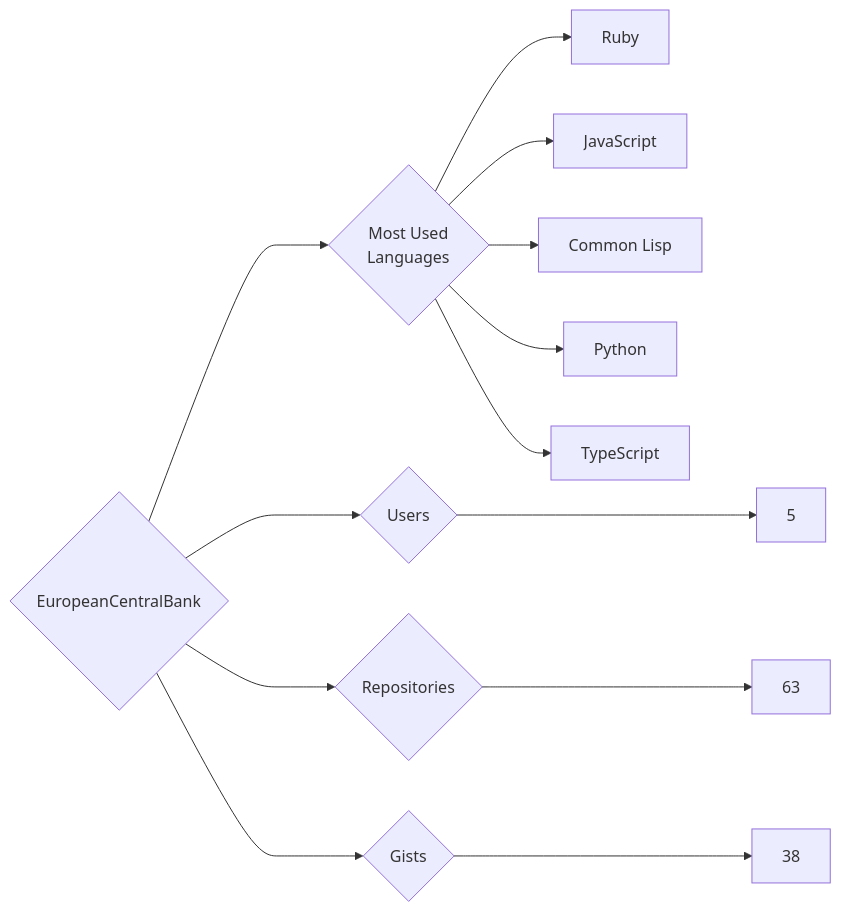
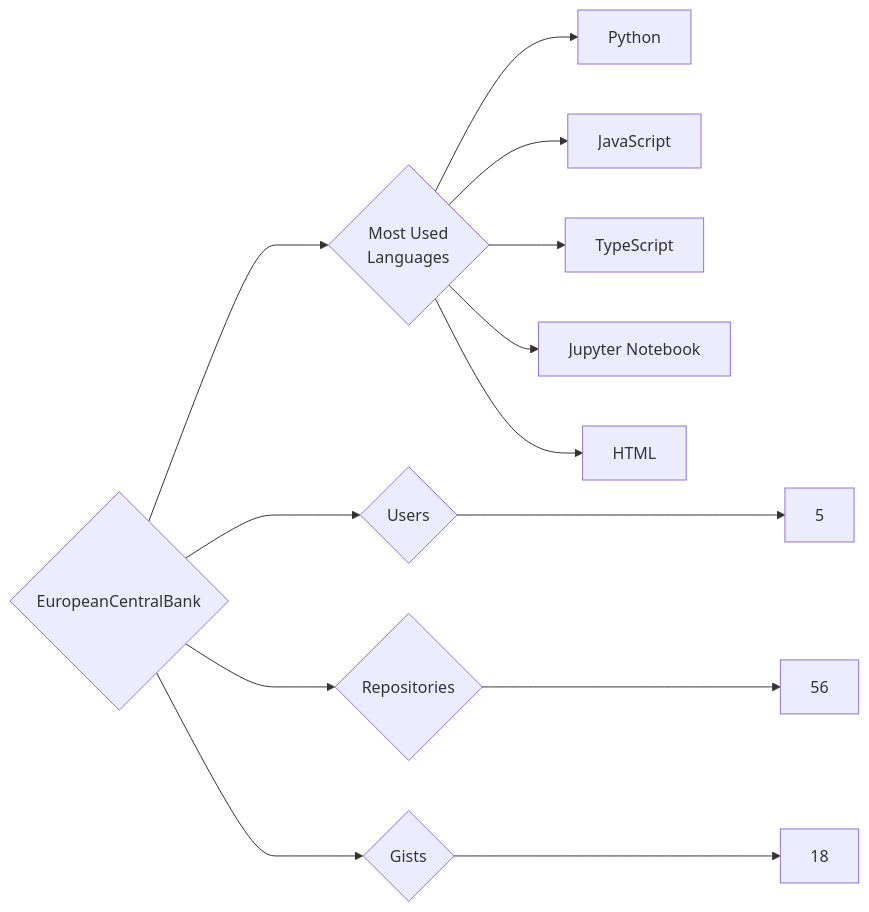
The diagram in targets/EuropeanCentralBank/README.md (trickest/insiders), drawn with Mermaid before and after one commit. The commit also changed 1089 other files, not shown here.

````diff
--- a/targets/EuropeanCentralBank/README.md
+++ b/targets/EuropeanCentralBank/README.md
@@ -3,13 +3,13 @@
 ```mermaid
 graph LR
 COMPANY_NAME{EuropeanCentralBank}
 COMPANY_NAME ---> U{Users} ---> UN[5]
-COMPANY_NAME ---> R{Repositories} ---> RN[63]
-COMPANY_NAME ---> G{Gists} ---> GN[38]
+COMPANY_NAME ---> R{Repositories} ---> RN[56]
+COMPANY_NAME ---> G{Gists} ---> GN[18]
 COMPANY_NAME ---> ML{Most Used<br>Languages}
-ML --> Ruby[Ruby]
+ML --> Python[Python]
 ML --> JavaScript[JavaScript]
-ML --> Common_Lisp[Common Lisp]
-ML --> Python[Python]
 ML --> TypeScript[TypeScript]
+ML --> Jupyter_Notebook[Jupyter Notebook]
+ML --> HTML[HTML]
 ```
````
